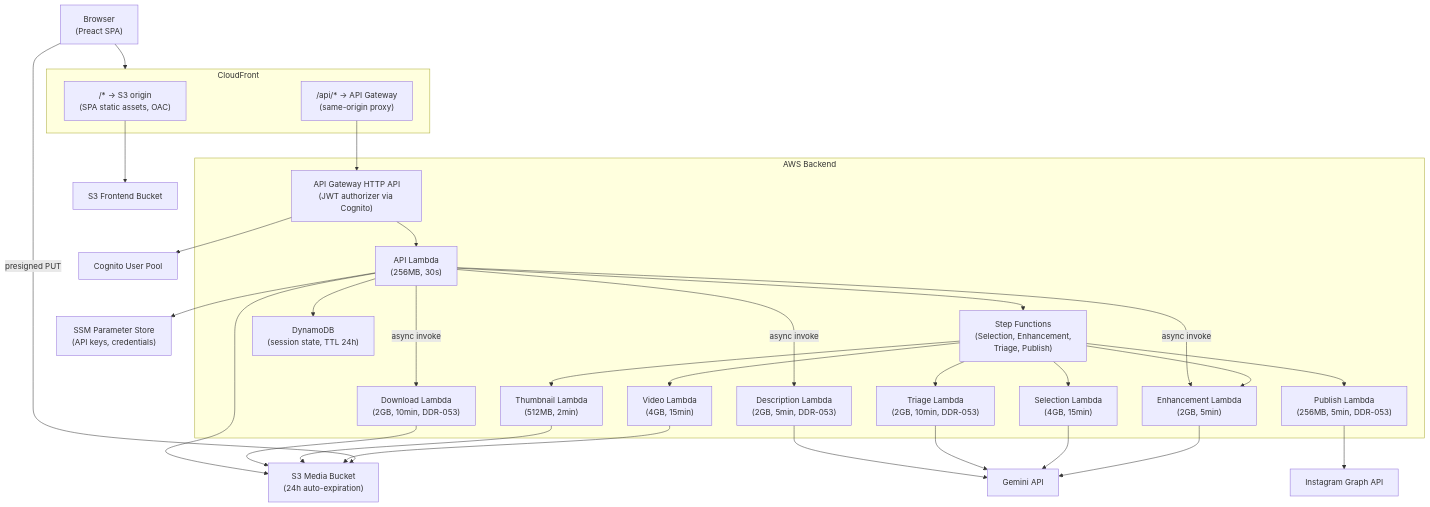
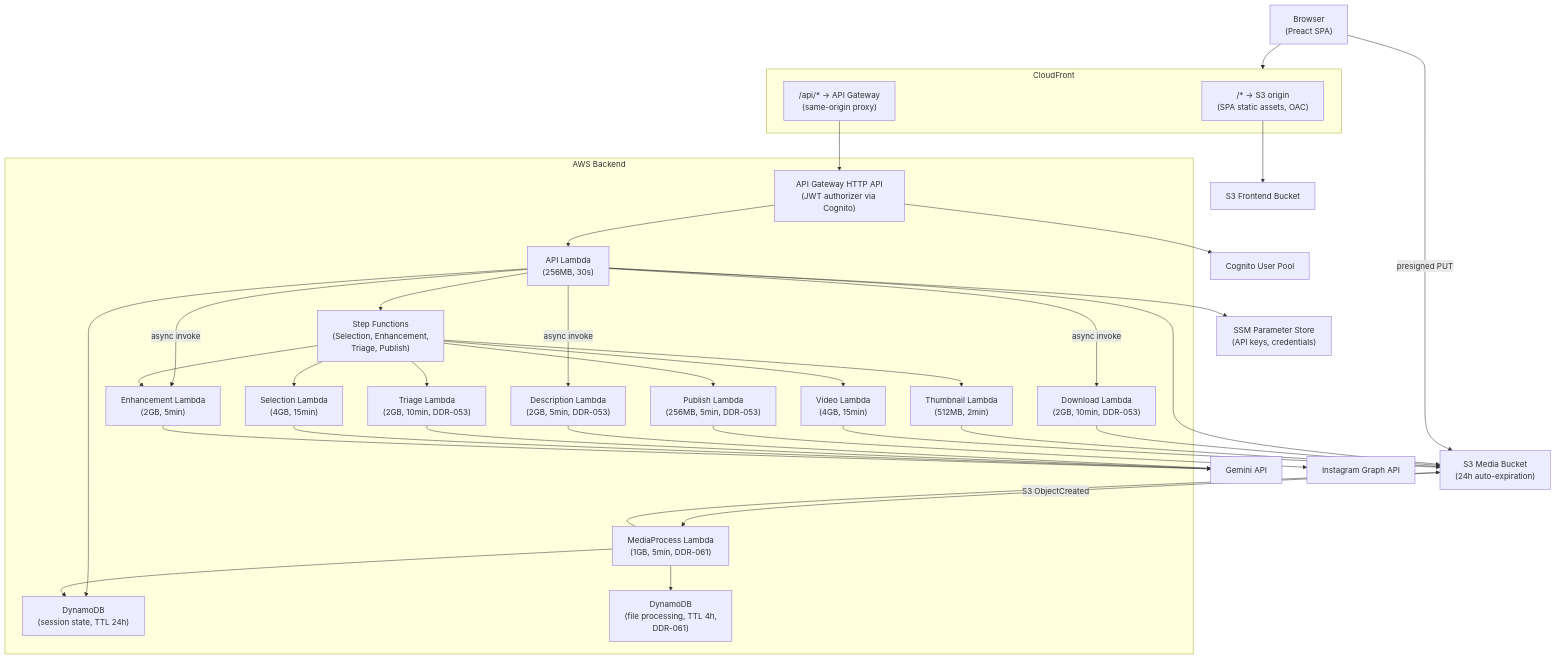
One commit to francis-pang/ai-social-media-helper changed the third of 6 diagrams in docs/architecture.md. Above: the diagram before and after it, drawn with Mermaid. The commit also changed other lines of this file and 14 other files, not shown here.

First line of the commit message:
feat(triage): S3 event-driven per-file processing pipeline (DDR-061)

````diff
--- a/docs/architecture.md
+++ b/docs/architecture.md
@@ -101,59 +104,65 @@
 ```mermaid
 graph TD
     Browser["Browser\n(Preact SPA)"]
 
     subgraph cloudfront [CloudFront]
         DefaultBehavior["/* -> S3 origin\n(SPA static assets, OAC)"]
         APIBehavior["/api/* -> API Gateway\n(same-origin proxy)"]
     end
 
     subgraph aws [AWS Backend]
         APIGW["API Gateway HTTP API\n(JWT authorizer via Cognito)"]
         APILambda["API Lambda\n(256MB, 30s)"]
         TriageLambda["Triage Lambda\n(2GB, 10min, DDR-053)"]
         DescriptionLambda["Description Lambda\n(2GB, 5min, DDR-053)"]
         DownloadLambda["Download Lambda\n(2GB, 10min, DDR-053)"]
         PublishLambda["Publish Lambda\n(256MB, 5min, DDR-053)"]
         ThumbLambda["Thumbnail Lambda\n(512MB, 2min)"]
         SelectionLambda["Selection Lambda\n(4GB, 15min)"]
         EnhancementLambda["Enhancement Lambda\n(2GB, 5min)"]
         VideoLambda["Video Lambda\n(4GB, 15min)"]
+        MediaProcessLambda["MediaProcess Lambda\n(1GB, 5min, DDR-061)"]
         StepFn["Step Functions\n(Selection, Enhancement,\nTriage, Publish)"]
         DynamoDB["DynamoDB\n(session state, TTL 24h)"]
+        FileProcessingDB["DynamoDB\n(file processing, TTL 4h,\nDDR-061)"]
     end
 
     S3Media["S3 Media Bucket\n(24h auto-expiration)"]
     S3Frontend["S3 Frontend Bucket"]
     GeminiAPI["Gemini API"]
     InstagramAPI["Instagram Graph API"]
     SSM["SSM Parameter Store\n(API keys, credentials)"]
     Cognito["Cognito User Pool"]
 
     Browser --> cloudfront
     DefaultBehavior --> S3Frontend
     APIBehavior --> APIGW
     APIGW --> Cognito
     APIGW --> APILambda
     APILambda --> StepFn
     APILambda -->|"async invoke"| DescriptionLambda
     APILambda -->|"async invoke"| DownloadLambda
     APILambda -->|"async invoke"| EnhancementLambda
     APILambda --> DynamoDB
     APILambda --> S3Media
     DescriptionLambda --> GeminiAPI
     DownloadLambda --> S3Media
     StepFn --> TriageLambda
     StepFn --> PublishLambda
     StepFn --> ThumbLambda
     StepFn --> SelectionLambda
     StepFn --> EnhancementLambda
     StepFn --> VideoLambda
     TriageLambda --> GeminiAPI
     PublishLambda --> InstagramAPI
     ThumbLambda --> S3Media
     SelectionLambda --> GeminiAPI
     EnhancementLambda --> GeminiAPI
     VideoLambda --> S3Media
     APILambda --> SSM
     Browser -->|"presigned PUT"| S3Media
+    S3Media -->|"S3 ObjectCreated"| MediaProcessLambda
+    MediaProcessLambda --> FileProcessingDB
+    MediaProcessLambda --> DynamoDB
+    MediaProcessLambda --> S3Media
 ```
````
